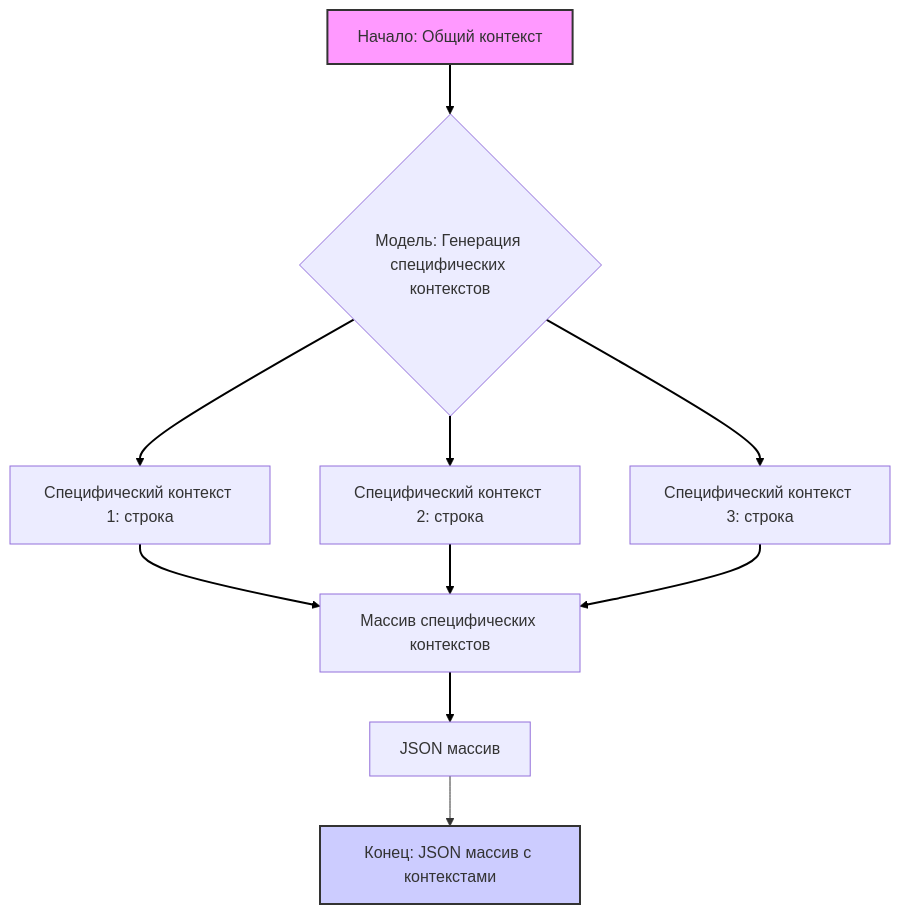
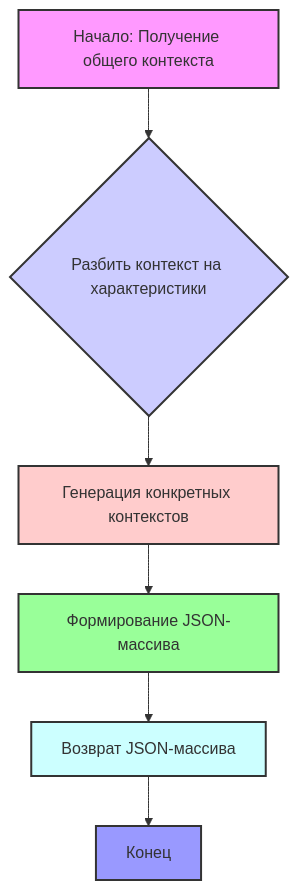
Before and after one commit to hypo69/hypo: the diagram in docs/gemini/ru/explainer/src/ai/tiny_troupe/TinyTroupe/tinytroupe/prompts/generate_person_factory.md.md, drawn with Mermaid. The commit also changed other lines of this file and 6031 other files, not shown here.

````diff
--- a/docs/gemini/ru/explainer/src/ai/tiny_troupe/TinyTroupe/tinytroupe/prompts/generate_person_factory.md.md
+++ b/docs/gemini/ru/explainer/src/ai/tiny_troupe/TinyTroupe/tinytroupe/prompts/generate_person_factory.md.md
@@ -27,17 +29,16 @@
 ```mermaid
-graph TD
-    A[Начало: Общий контекст] --> B{Модель: Генерация специфических контекстов}
-    B --> C[Специфический контекст 1: строка]
-    B --> D[Специфический контекст 2: строка]
-    B --> E[Специфический контекст 3: строка]
-    C --> F[Массив специфических контекстов]
-    D --> F
-    E --> F
-    F --> G[JSON массив]
-    G --> H[Конец: JSON массив с контекстами]
+flowchart TD
+    A[Начало: Получение общего контекста] --> B{Разбить контекст на характеристики};
+    B --> C[Генерация конкретных контекстов];
+    C --> D[Формирование JSON-массива];
+    D --> E[Возврат JSON-массива];
+    E --> F[Конец];
     
     style A fill:#f9f,stroke:#333,stroke-width:2px
-    style H fill:#ccf,stroke:#333,stroke-width:2px
+    style B fill:#ccf,stroke:#333,stroke-width:2px
+    style C fill:#fcc,stroke:#333,stroke-width:2px
+    style D fill:#9f9,stroke:#333,stroke-width:2px
+    style E fill:#cff,stroke:#333,stroke-width:2px
+    style F fill:#99f,stroke:#333,stroke-width:2px
     
-    linkStyle 0,1,2,3,4,5,6,7 stroke:#000,stroke-width:2px
 ```
````
